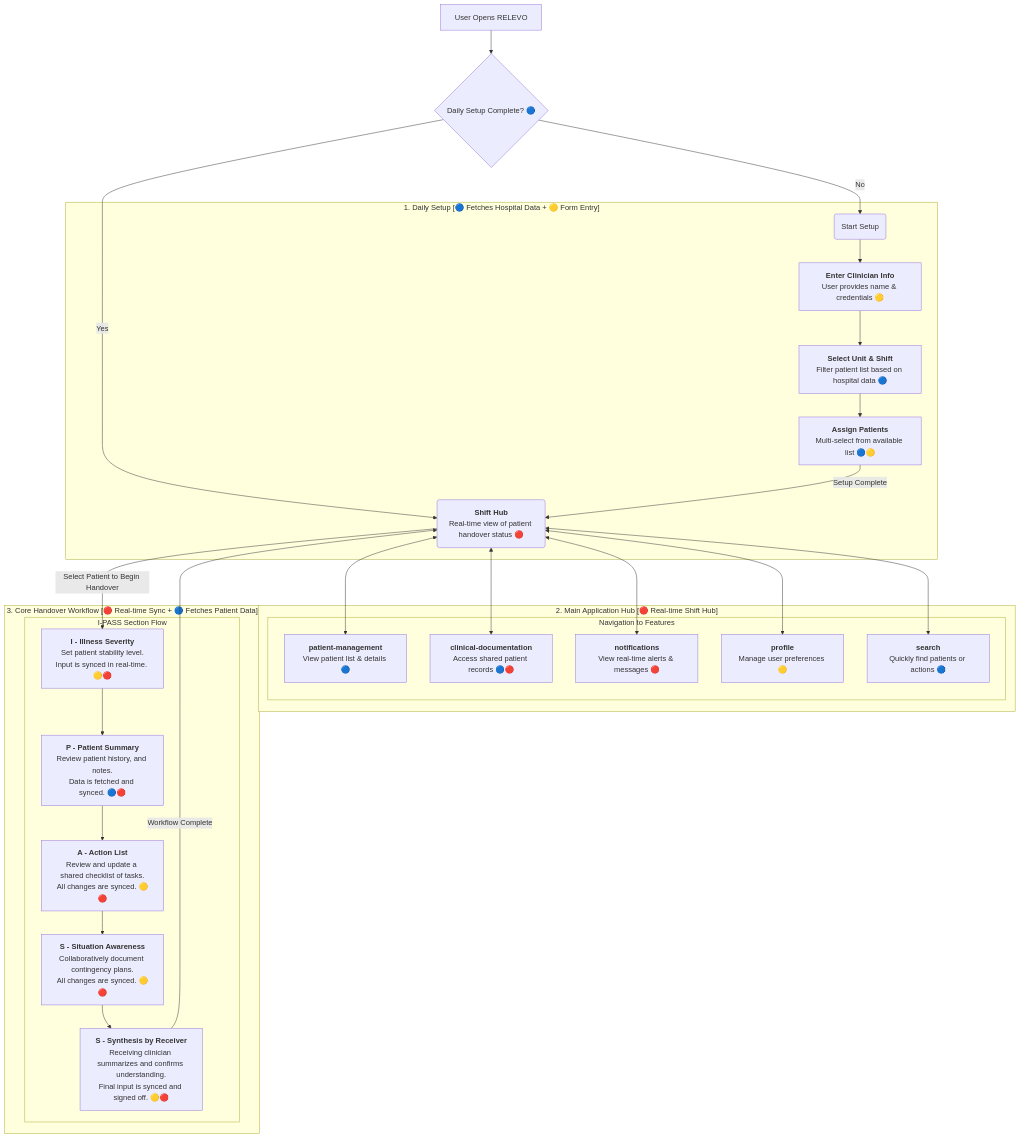
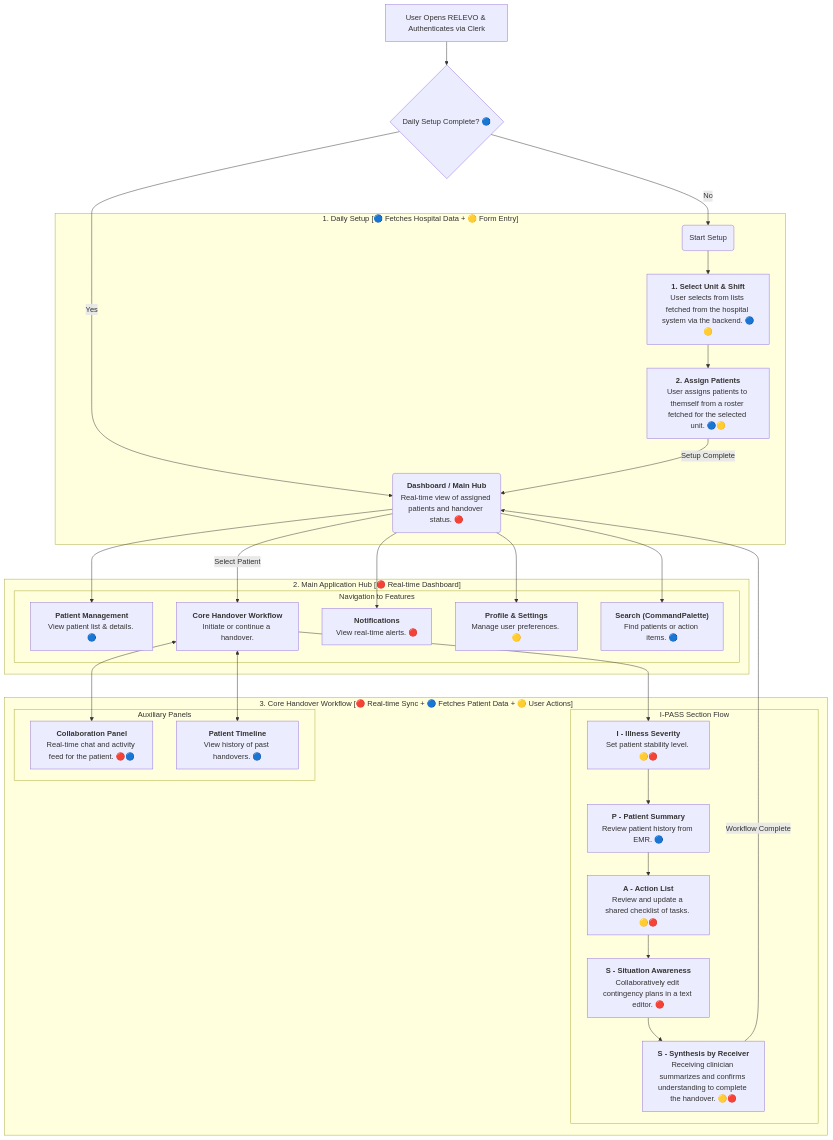
One commit to LuisCusihuaman/relevo-static-poc changed the diagram in docs/features/01-entry-flow.md. Above: the diagram before and after it, drawn with Mermaid. The commit also changed other lines of this file and 5 other files, not shown here.

````diff
--- a/docs/features/01-entry-flow.md
+++ b/docs/features/01-entry-flow.md
@@ -11,40 +11,42 @@
 ```mermaid
 graph TD
-    A[User Opens RELEVO] --> B{Daily Setup Complete? 🔵}
-    
-    B -- No --> C
-    B -- Yes --> D
+    A[User Opens RELEVO & Authenticates via Clerk] --> B{Daily Setup Complete? 🔵}
+    
+    B -- No --> C
+    B -- Yes --> D
 
-    subgraph "1. Daily Setup [🔵 Fetches Hospital Data + 🟡 Form Entry]"
-        C(Start Setup) --> C1["<b>Enter Clinician Info</b><br/>User provides name & credentials 🟡"]
-        C1 --> C2["<b>Select Unit & Shift</b><br/>Filter patient list based on hospital data 🔵"]
-        C2 --> C3["<b>Assign Patients</b><br/>Multi-select from available list 🔵🟡"]
-        C3 -- Setup Complete --> D
-    end
-    
-    subgraph "2. Main Application Hub [🔴 Real-time Shift Hub]"
-        D("<b>Shift Hub</b><br/>Real-time view of patient handover status 🔴")
-        subgraph "Navigation to Features"
-          D <--> E["<b>patient-management</b><br/>View patient list & details 🔵"]
-          D <--> F["<b>clinical-documentation</b><br/>Access shared patient records 🔵🔴"]
-          D <--> G["<b>notifications</b><br/>View real-time alerts & messages 🔴"]
-          D <--> H["<b>profile</b><br/>Manage user preferences 🟡"]
-          D <--> I["<b>search</b><br/>Quickly find patients or actions 🔵"]
-        end
-    end
-    
-    subgraph "3. Core Handover Workflow [🔴 Real-time Sync + 🔵 Fetches Patient Data]"
-      D -- "Select Patient to Begin Handover" --> J
-      
-      subgraph "I-PASS Section Flow"
-        J["<b>I - Illness Severity</b><br/>Set patient stability level.<br/>Input is synced in real-time. 🟡🔴"]
-        K["<b>P - Patient Summary</b><br/>Review patient history, and notes.<br/>Data is fetched and synced. 🔵🔴"]
-        L["<b>A - Action List</b><br/>Review and update a shared checklist of tasks.<br/>All changes are synced. 🟡🔴"]
-        M["<b>S - Situation Awareness</b><br/>Collaboratively document contingency plans.<br/>All changes are synced. 🟡🔴"]
-        N["<b>S - Synthesis by Receiver</b><br/>Receiving clinician summarizes and confirms understanding.<br/>Final input is synced and signed off. 🟡🔴"]
+    subgraph "1. Daily Setup [🔵 Fetches Hospital Data + 🟡 Form Entry]"
+        C(Start Setup) --> C1["<b>1. Select Unit & Shift</b><br/>User selects from lists fetched from the hospital system via the backend. 🔵🟡"]
+        C1 --> C2["<b>2. Assign Patients</b><br/>User assigns patients to themself from a roster fetched for the selected unit. 🔵🟡"]
+        C2 -- Setup Complete --> D
+    end
+    
+    subgraph "2. Main Application Hub [🔴 Real-time Dashboard]"
+        D("<b>Dashboard / Main Hub</b><br/>Real-time view of assigned patients and handover status. 🔴")
+        subgraph "Navigation to Features"
+          D --> E["<b>Patient Management</b><br/>View patient list & details. 🔵"]
+          D -- Select Patient --> F["<b>Core Handover Workflow</b><br/>Initiate or continue a handover."]
+          D --> G["<b>Notifications</b><br/>View real-time alerts. 🔴"]
+          D --> H["<b>Profile & Settings</b><br/>Manage user preferences. 🟡"]
+          D --> I["<b>Search (CommandPalette)</b><br/>Find patients or action items. 🔵"]
+        end
+    end
+    
+    subgraph "3. Core Handover Workflow [🔴 Real-time Sync + 🔵 Fetches Patient Data + 🟡 User Actions]"
+        
+      subgraph "I-PASS Section Flow"
+        F --> J["<b>I - Illness Severity</b><br/>Set patient stability level. 🟡🔴"]
+        J --> K["<b>P - Patient Summary</b><br/>Review patient history from EMR. 🔵"]
+        K --> L["<b>A - Action List</b><br/>Review and update a shared checklist of tasks. 🟡🔴"]
+        L --> M["<b>S - Situation Awareness</b><br/>Collaboratively edit contingency plans in a text editor. 🔴"]
+        M --> N["<b>S - Synthesis by Receiver</b><br/>Receiving clinician summarizes and confirms understanding to complete the handover. 🟡🔴"]
+      end
 
-        J --> K --> L --> M --> N
-      end
-      N -- "Workflow Complete" --> D
-    end
+      subgraph "Auxiliary Panels"
+        F <--> P1["<b>Collaboration Panel</b><br/>Real-time chat and activity feed for the patient. 🔴🔵"]
+        F <--> P2["<b>Patient Timeline</b><br/>View history of past handovers. 🔵"]
+      end
+
+      N -- "Workflow Complete" --> D
+    end
 ```
````
